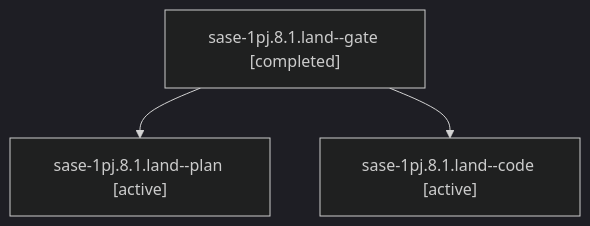
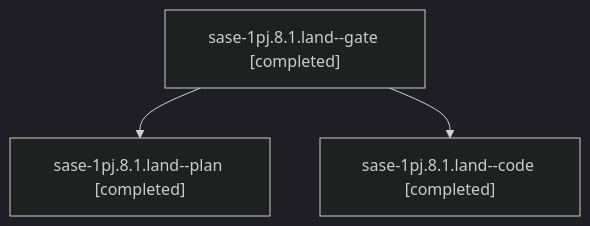
Before and after one commit to sase-org/sase--agents: the diagram in sessions/bbugyi200.athena.sase-1pj.8.1.land.md, drawn with Mermaid (dark theme). The commit also changed other lines of this file and 74 other files, not shown here.

````diff
--- a/sessions/bbugyi200.athena.sase-1pj.8.1.land.md
+++ b/sessions/bbugyi200.athena.sase-1pj.8.1.land.md
@@ -9,8 +9,8 @@
 ```mermaid
 flowchart TD
   n0["sase-1pj.8.1.land--gate [completed]"]
-  n1["sase-1pj.8.1.land--plan [active]"]
+  n1["sase-1pj.8.1.land--plan [completed]"]
   n0 --> n1
-  n2["sase-1pj.8.1.land--code [active]"]
+  n2["sase-1pj.8.1.land--code [completed]"]
   n0 --> n2
 ```
````
